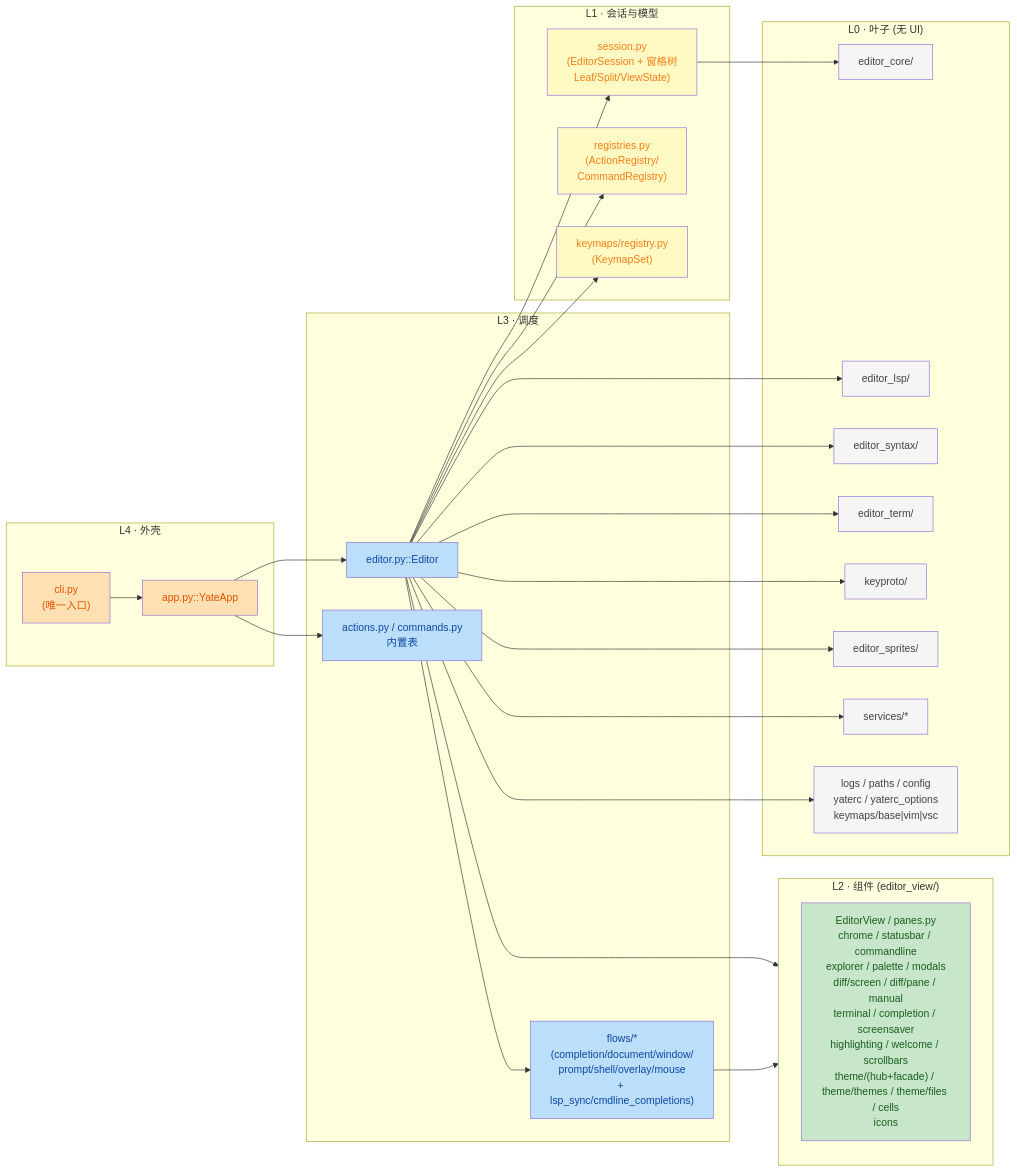
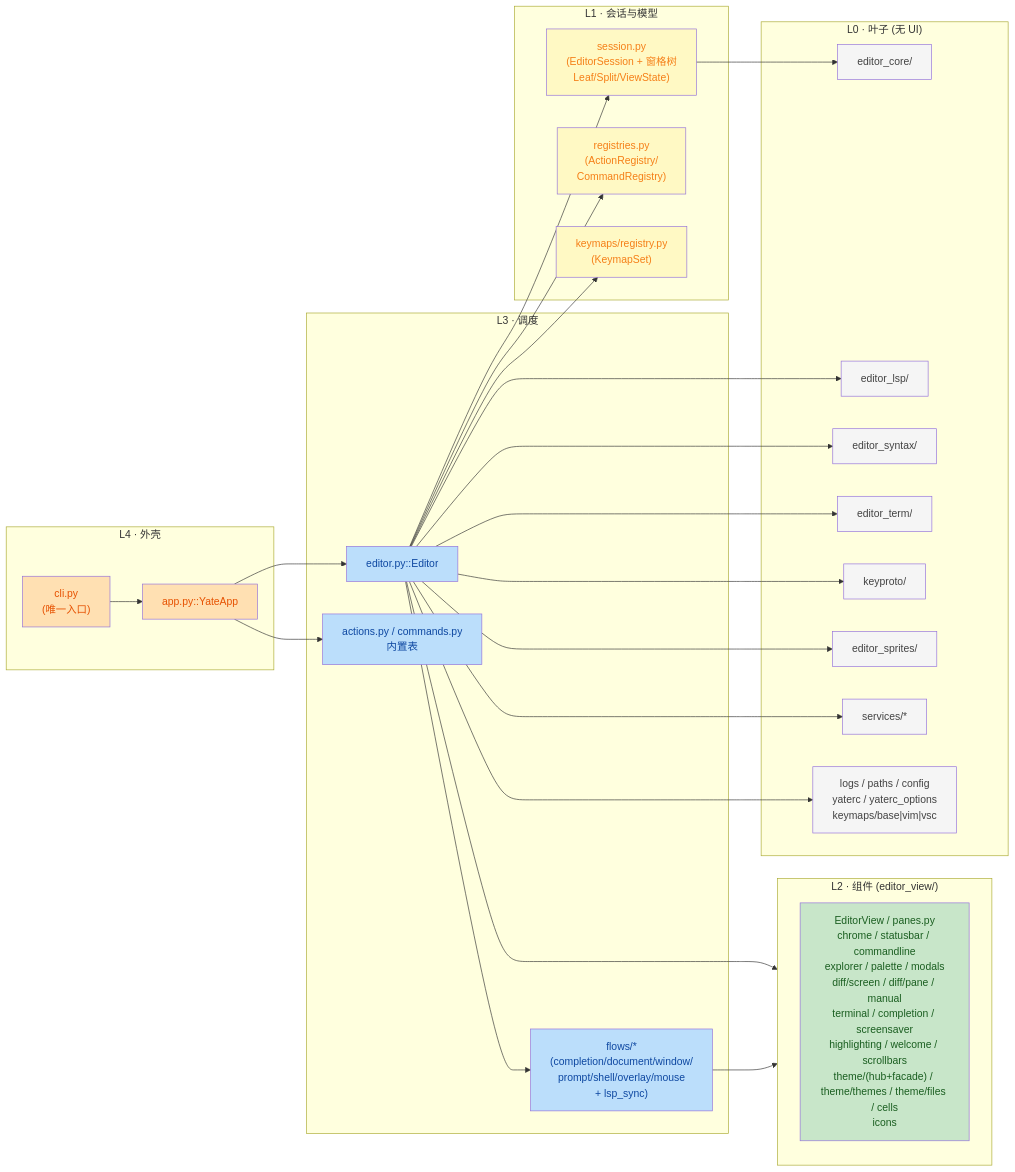
Before and after one commit to BigThxBrigde/yate: the first of 3 diagrams in .trae/wikis/yate-architecture.md, drawn with Mermaid. The commit also changed other lines of this file and 10 other files, not shown here.

Commit message:
refactor(architecture): relocate cmdline_completions out of flows

````diff
--- a/.trae/wikis/yate-architecture.md
+++ b/.trae/wikis/yate-architecture.md
@@ -14,57 +14,57 @@
 ```mermaid
 flowchart LR
     subgraph L4["L4 · 外壳"]
         CLI["cli.py<br/>(唯一入口)"]
         APP["app.py::YateApp"]
     end
     subgraph L3["L3 · 调度"]
         ED["editor.py::Editor"]
         ACT["actions.py / commands.py<br/>内置表"]
-        FLOWS["flows/*<br/>(completion/document/window/<br/>prompt/shell/overlay/mouse<br/>+ lsp_sync/cmdline_completions)"]
+        FLOWS["flows/*<br/>(completion/document/window/<br/>prompt/shell/overlay/mouse<br/>+ lsp_sync)"]
     end
     subgraph L2["L2 · 组件 (editor_view/)"]
         EV["EditorView / panes.py<br/>chrome / statusbar / commandline<br/>explorer / palette / modals<br/>diff/screen / diff/pane / manual<br/>terminal / completion / screensaver<br/>highlighting / welcome / scrollbars<br/>theme/(hub+facade) / theme/themes / theme/files / cells<br/>icons"]
     end
     subgraph L1["L1 · 会话与模型"]
         SES["session.py<br/>(EditorSession + 窗格树<br/>Leaf/Split/ViewState)"]
         REG["registries.py<br/>(ActionRegistry/<br/>CommandRegistry)"]
         KMREG["keymaps/registry.py<br/>(KeymapSet)"]
     end
     subgraph L0["L0 · 叶子 (无 UI)"]
         CORE["editor_core/"]
         LSP["editor_lsp/"]
         SYN["editor_syntax/"]
         TERM["editor_term/"]
         KP["keyproto/"]
         SPR["editor_sprites/"]
         SRV["services/*"]
         MISC["logs / paths / config<br/>yaterc / yaterc_options<br/>keymaps/base|vim|vsc"]
     end
     CLI --> APP
     APP --> ED
     APP --> ACT
     ED --> FLOWS
     ED --> L2
     ED --> SES
     ED --> REG
     ED --> KMREG
     FLOWS --> L2
     SES --> CORE
     ED --> LSP
     ED --> SYN
     ED --> TERM
     ED --> KP
     ED --> SPR
     ED --> SRV
     ED --> MISC
     classDef l4 fill:#ffe0b2,color:#e65100
     classDef l3 fill:#bbdefb,color:#0d47a1
     classDef l2 fill:#c8e6c9,color:#1a5e20
     classDef l1 fill:#fff9c4,color:#f57f17
     classDef l0 fill:#f5f5f5,color:#424242
     class CLI,APP l4
     class ED,ACT,FLOWS l3
     class EV l2
     class SES,REG,KMREG l1
     class CORE,LSP,SYN,TERM,KP,SPR,SRV,MISC l0
 ```
````
